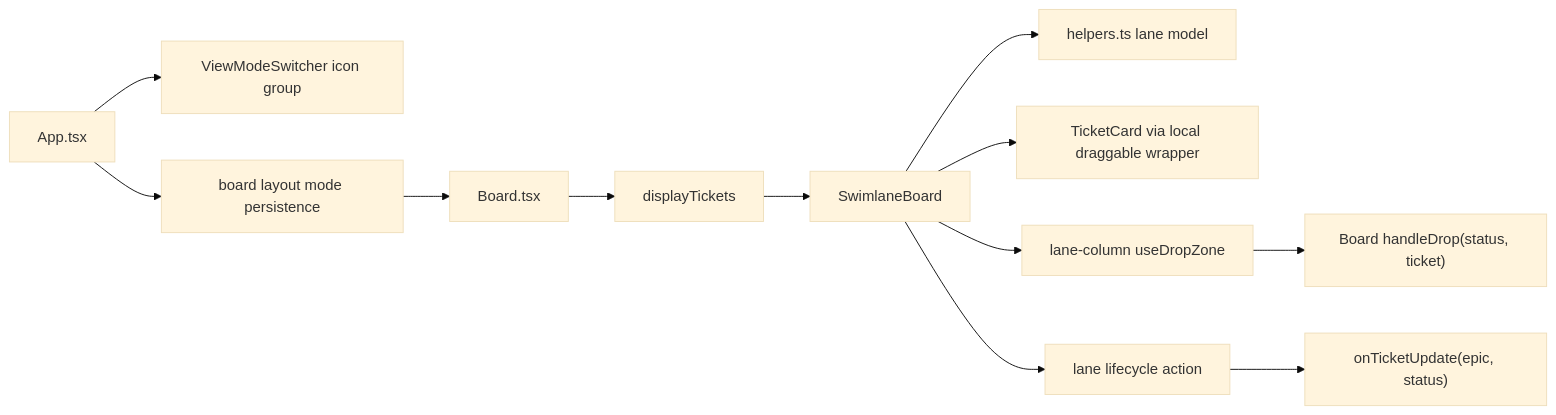
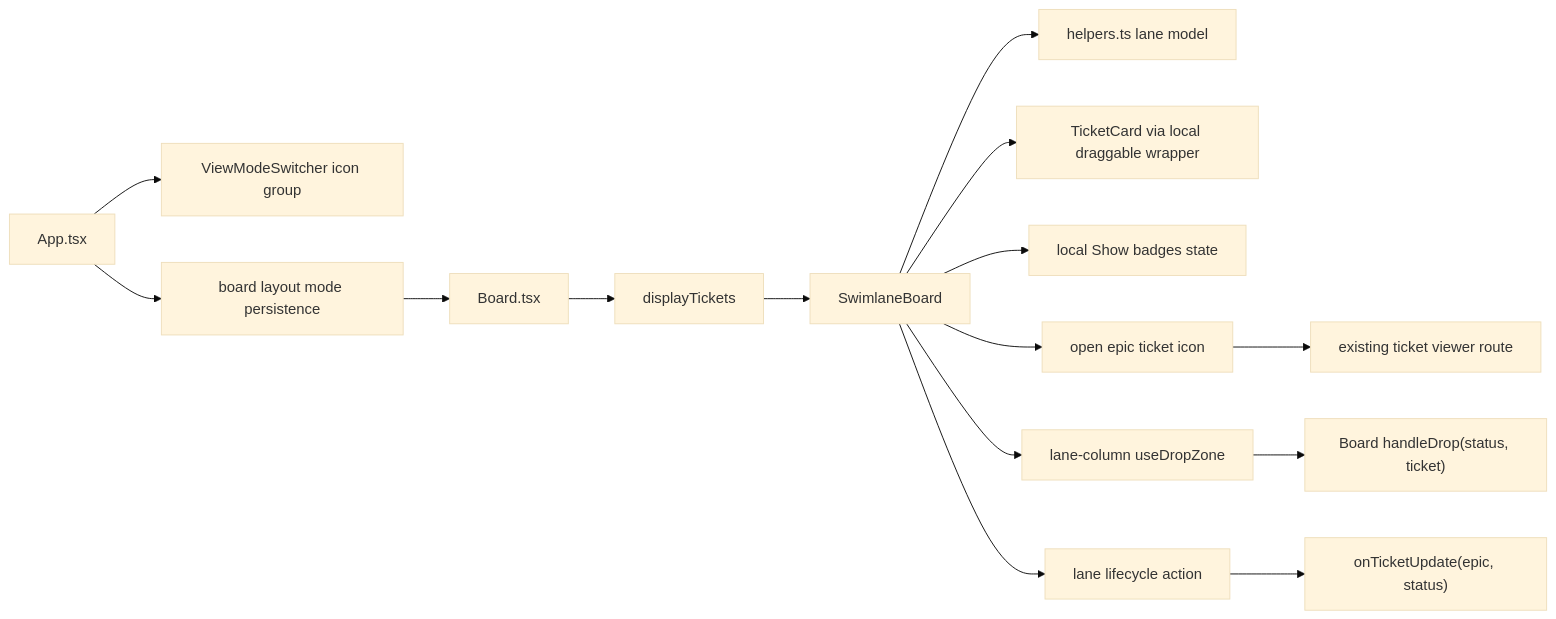
One commit to andkirby/markdown-ticket changed the diagram in docs/CRs/MDT-206/architecture.md. Above: the diagram before and after it, drawn with Mermaid (base theme). The commit also changed other lines of this file and 14 other files, not shown here.

````diff
--- a/docs/CRs/MDT-206/architecture.md
+++ b/docs/CRs/MDT-206/architecture.md
@@ -15,14 +15,17 @@
 ```mermaid
 flowchart LR
   App["App.tsx"] --> Switcher["ViewModeSwitcher icon group"]
   App --> Mode["board layout mode persistence"]
   Mode --> Board["Board.tsx"]
   Board --> Tickets["displayTickets"]
   Tickets --> Swimlane["SwimlaneBoard"]
   Swimlane --> Helpers["helpers.ts lane model"]
   Swimlane --> Cards["TicketCard via local draggable wrapper"]
+  Swimlane --> BadgeToggle["local Show badges state"]
+  Swimlane --> EpicOpen["open epic ticket icon"]
+  EpicOpen --> Viewer["existing ticket viewer route"]
   Swimlane --> Drop["lane-column useDropZone"]
   Drop --> BoardDrop["Board handleDrop(status, ticket)"]
   Swimlane --> EpicAction["lane lifecycle action"]
   EpicAction --> Update["onTicketUpdate(epic, status)"]
 ```
````
